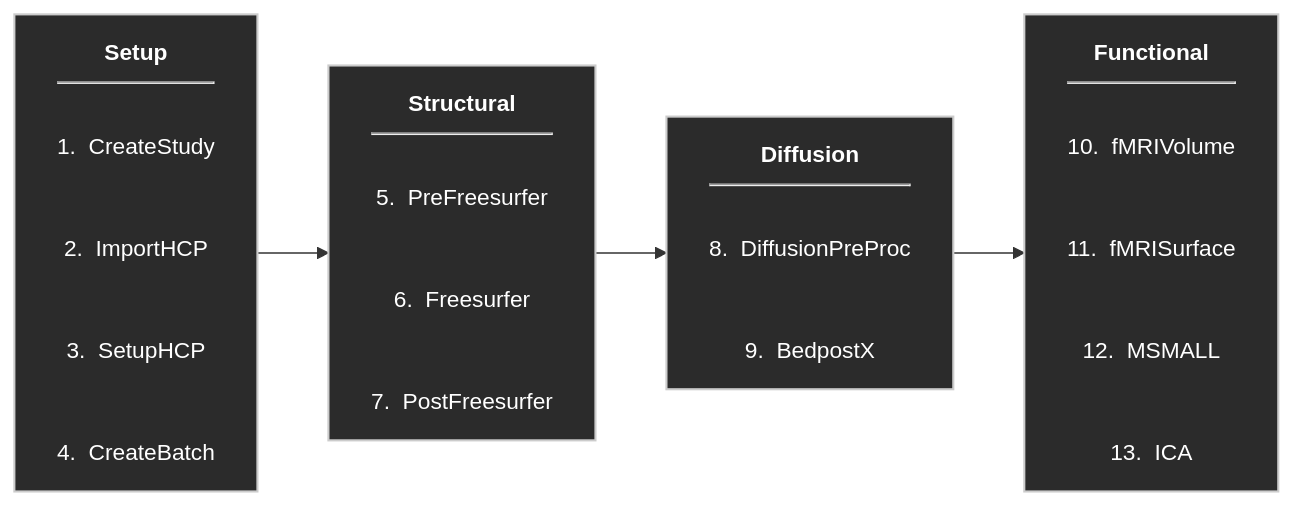
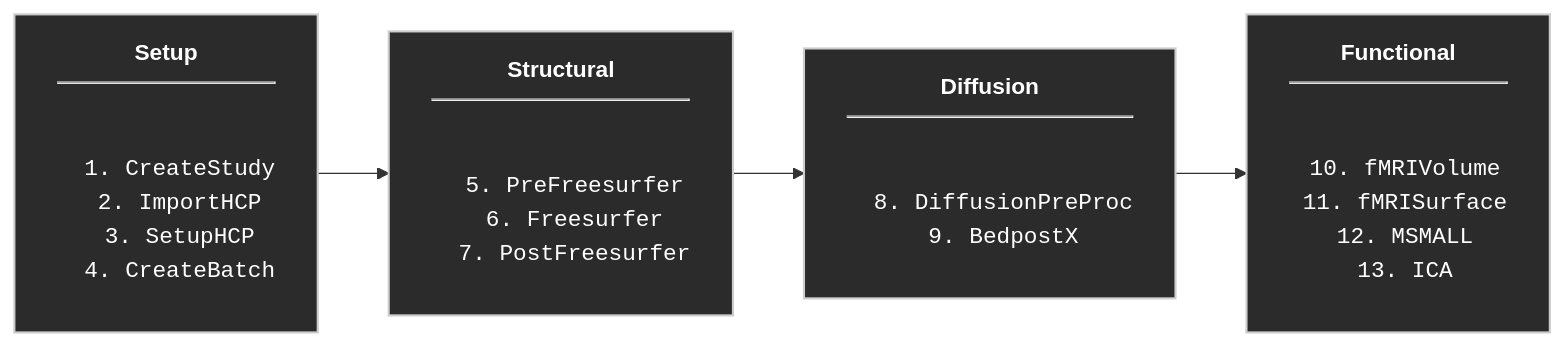
Before and after one commit to SPMIC-UoN/QuNex_Processing_Pipeline: the diagram in README.md, drawn with Mermaid.

````diff
--- a/README.md
+++ b/README.md
@@ -38,33 +38,30 @@
 ```mermaid
-%%{init: {"flowchart": {"htmlLabels": true}} }%%
 flowchart LR
 
-%% Left-align node text by default (body), keep overall styling
-classDef stage fill:#2b2b2b,stroke:#cccccc,stroke-width:1.5px,color:#ffffff,text-align:left;
+classDef stage fill:#2b2b2b,stroke:#cccccc,stroke-width:1.5px,color:#ffffff;
 
-%% Use a centered header line + divider + body with a bit more line spacing
-Setup["<div style='text-align:center;'><b>Setup</b></div><hr/>
-1.&nbsp;&nbsp;CreateStudy<br/><br/>
-2.&nbsp;&nbsp;ImportHCP<br/><br/>
-3.&nbsp;&nbsp;SetupHCP<br/><br/>
-4.&nbsp;&nbsp;CreateBatch"]
+Setup["<b>Setup</b><hr/>
+<pre>  1. CreateStudy
+  2. ImportHCP
+  3. SetupHCP
+  4. CreateBatch</pre>"]
 
-Structural["<div style='text-align:center;'><b>Structural</b></div><hr/>
-5.&nbsp;&nbsp;PreFreesurfer<br/><br/>
-6.&nbsp;&nbsp;Freesurfer<br/><br/>
-7.&nbsp;&nbsp;PostFreesurfer"]
+Structural["<b>Structural</b><hr/>
+<pre>  5. PreFreesurfer
+  6. Freesurfer
+  7. PostFreesurfer</pre>"]
 
-Diffusion["<div style='text-align:center;'><b>Diffusion</b></div><hr/>
-8.&nbsp;&nbsp;DiffusionPreProc<br/><br/>
-9.&nbsp;&nbsp;BedpostX"]
+Diffusion["<b>Diffusion</b><hr/>
+<pre>  8. DiffusionPreProc
+  9. BedpostX</pre>"]
 
-Functional["<div style='text-align:center;'><b>Functional</b></div><hr/>
-10.&nbsp;&nbsp;fMRIVolume<br/><br/>
-11.&nbsp;&nbsp;fMRISurface<br/><br/>
-12.&nbsp;&nbsp;MSMALL<br/><br/>
-13.&nbsp;&nbsp;ICA"]
+Functional["<b>Functional</b><hr/>
+<pre> 10. fMRIVolume
+ 11. fMRISurface
+ 12. MSMALL
+ 13. ICA</pre>"]
 
 Setup --> Structural --> Diffusion --> Functional
 
 class Setup,Structural,Diffusion,Functional stage;
 ```
````
